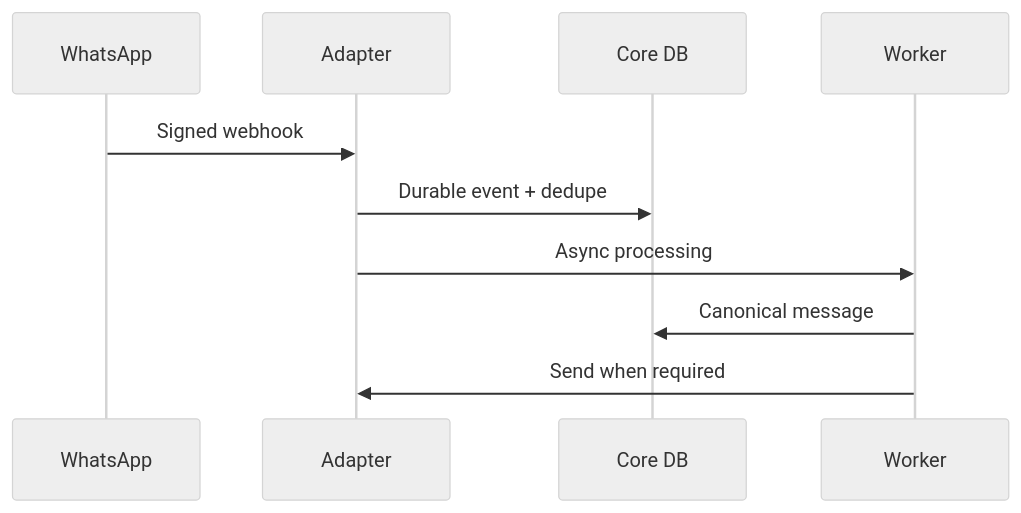
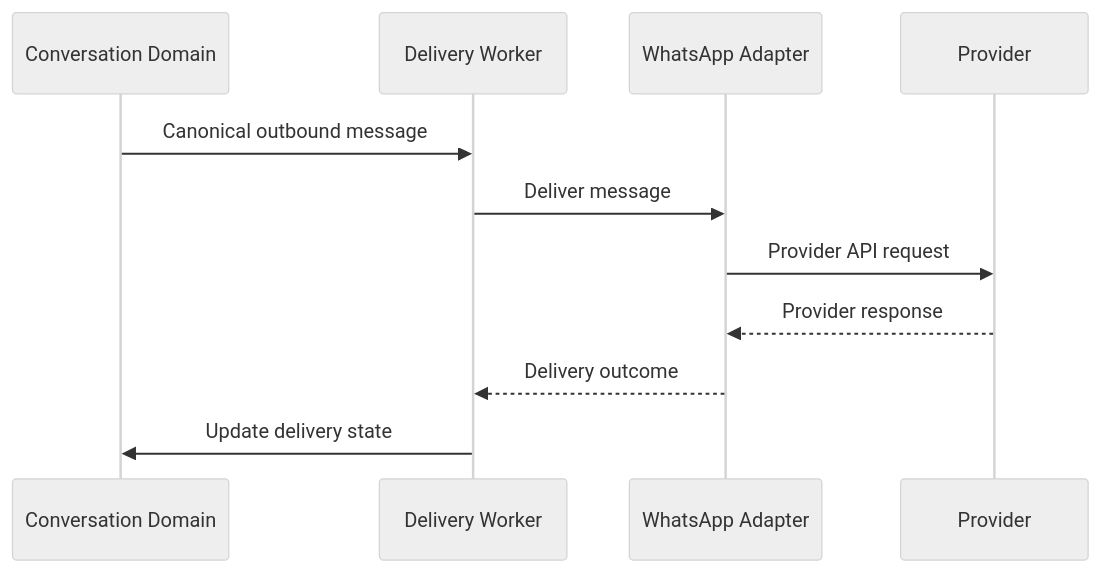
One commit to D-engahmed/OMILINKS changed the third of 3 diagrams in docs/integrations/whatsapp.md. Above: the diagram before and after it, drawn with Mermaid (neutral theme). The commit also changed other lines of this file, not shown here.

````diff
--- a/docs/integrations/whatsapp.md
+++ b/docs/integrations/whatsapp.md
@@ -15,12 +92,13 @@
-```mermaid
+~~~mermaid
 sequenceDiagram
-participant P as WhatsApp
-participant A as Adapter
-participant DB as Core DB
-participant W as Worker
-P->>A: Signed webhook
-A->>DB: Durable event + dedupe
-A->>W: Async processing
-W->>DB: Canonical message
-W->>A: Send when required
-```
+    participant C as Conversation Domain
+    participant Q as Delivery Worker
+    participant A as WhatsApp Adapter
+    participant P as Provider
+    C->>Q: Canonical outbound message
+    Q->>A: Deliver message
+    A->>P: Provider API request
+    P-->>A: Provider response
+    A-->>Q: Delivery outcome
+    Q->>C: Update delivery state
+~~~
````
